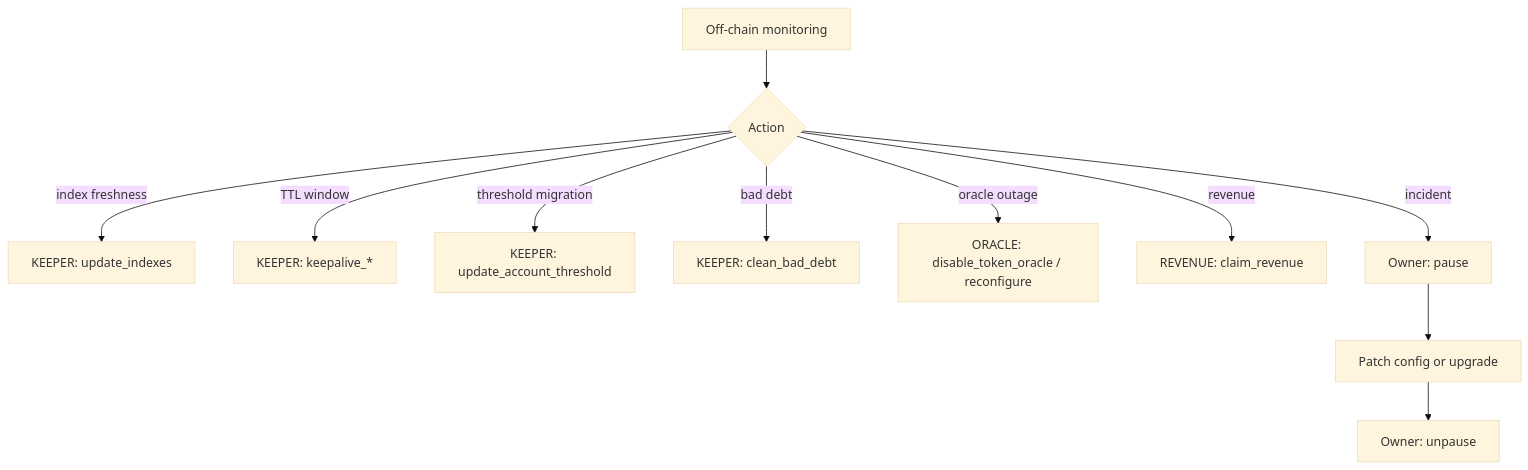
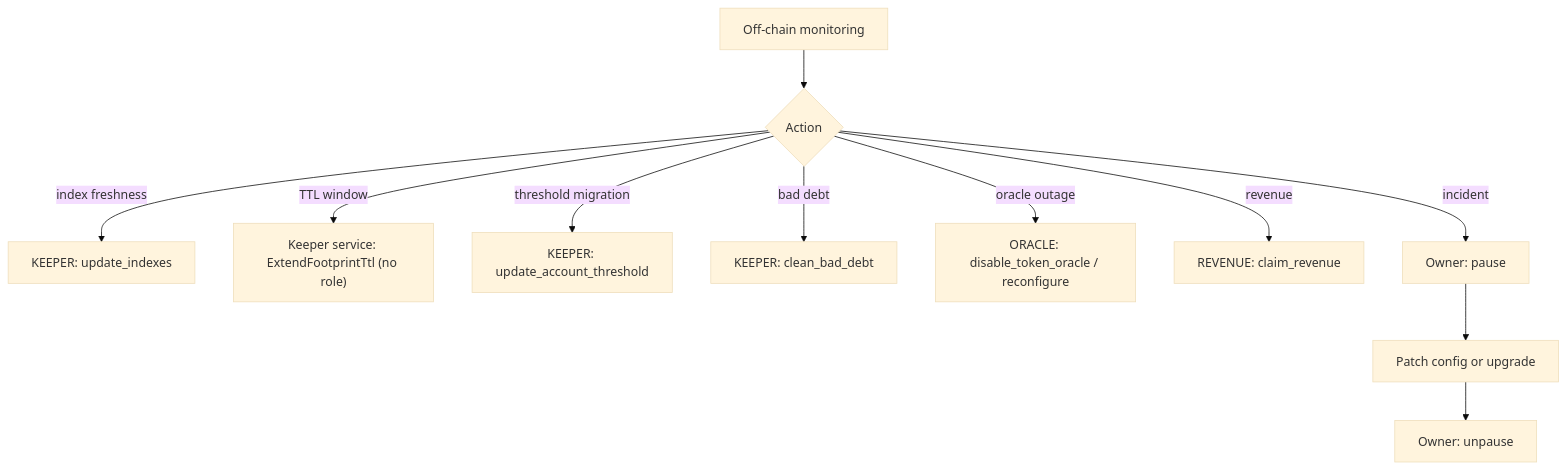
Diagram 14 of 14 in SCF_BUILD_ARCHITECTURE.md (XOXNO/rs-lending-xlm), drawn with Mermaid (base theme) before and after one commit. The commit also changed other lines of this file and 14 other files, not shown here.

First line of the commit message:
refactor(controller): drop keepalive_* endpoints in favor of off-chain extend

````diff
--- a/SCF_BUILD_ARCHITECTURE.md
+++ b/SCF_BUILD_ARCHITECTURE.md
@@ -996,13 +1004,13 @@
 ```mermaid
 flowchart TD
     Monitor["Off-chain monitoring"] --> A{"Action"}
     A -->|index freshness| K1["KEEPER: update_indexes"]
-    A -->|TTL window| K2["KEEPER: keepalive_*"]
+    A -->|TTL window| K2["Keeper service: ExtendFootprintTtl (no role)"]
     A -->|threshold migration| K3["KEEPER: update_account_threshold"]
     A -->|bad debt| K4["KEEPER: clean_bad_debt"]
     A -->|oracle outage| O1["ORACLE: disable_token_oracle / reconfigure"]
     A -->|revenue| R1["REVENUE: claim_revenue"]
     A -->|incident| P1["Owner: pause"]
     P1 --> Fix["Patch config or upgrade"]
     Fix --> U["Owner: unpause"]
 ```
````
